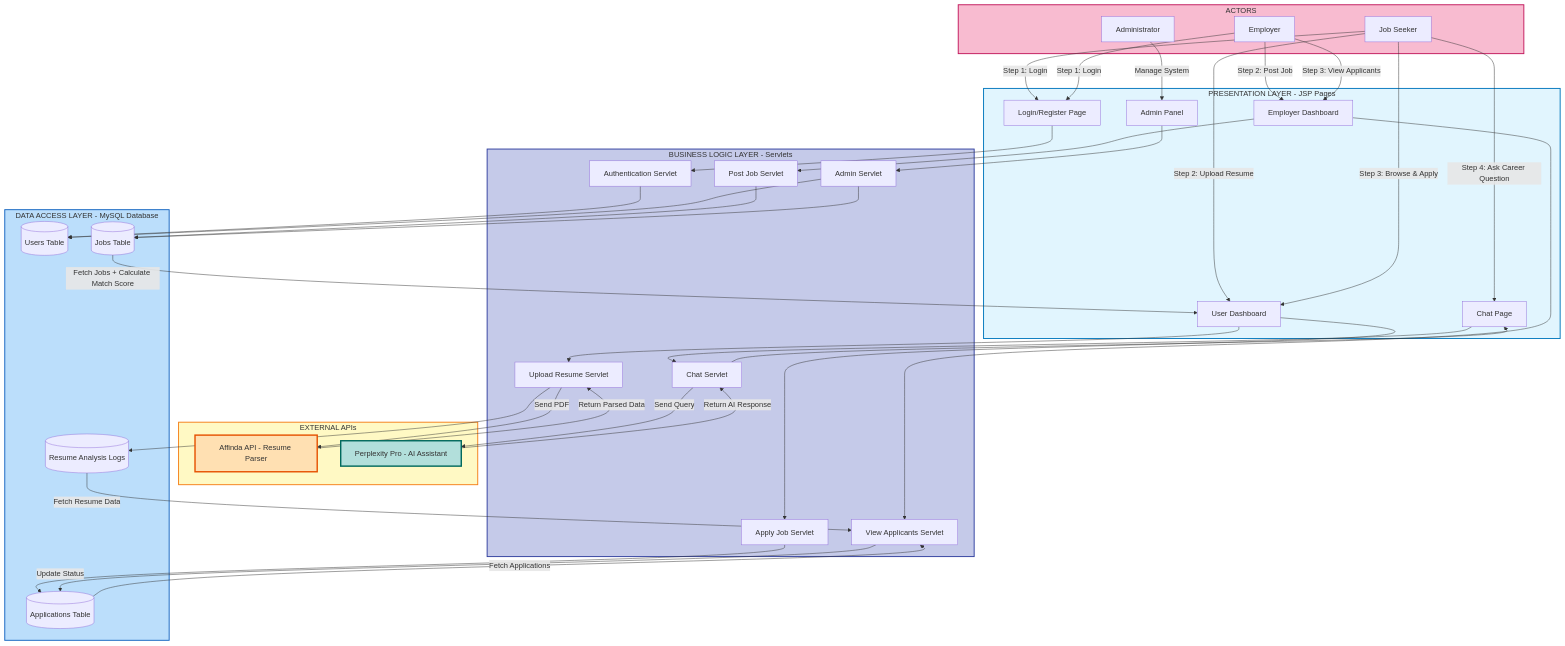
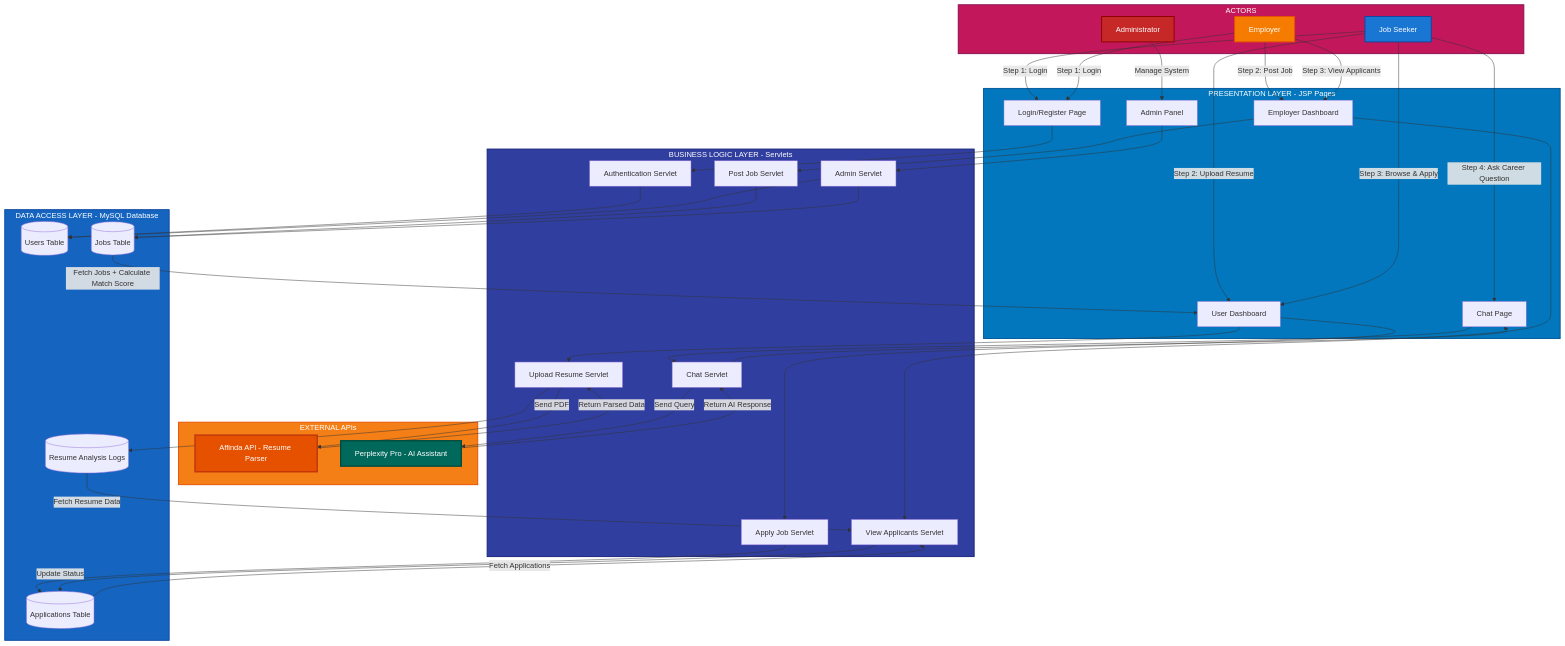
Before and after one commit to neeraj2710/Elevare_Hibernate: the third of 4 diagrams in readme.md, drawn with Mermaid. The commit also changed other lines of this file, not shown here.

````diff
--- a/readme.md
+++ b/readme.md
@@ -355,12 +355,16 @@
     AdminServlet --> UsersTable
     AdminServlet --> JobsTable
 
-    %% Styling
-    style AffindaAPI fill:#FFE0B2,stroke:#E65100,stroke-width:3px
-    style PerplexityAPI fill:#B2DFDB,stroke:#00695C,stroke-width:3px
-    style DataLayer fill:#BBDEFB,stroke:#1565C0,stroke-width:2px
-    style ExternalAPIs fill:#FFF9C4,stroke:#F57F17,stroke-width:2px
-    style BusinessLayer fill:#C5CAE9,stroke:#303F9F,stroke-width:2px
-    style PresentationLayer fill:#E1F5FE,stroke:#0277BD,stroke-width:2px
-    style Actors fill:#F8BBD0,stroke:#C2185B,stroke-width:2px
+    %% Styling with better contrast
+    style AffindaAPI fill:#E65100,stroke:#BF360C,stroke-width:3px,color:#fff
+    style PerplexityAPI fill:#00695C,stroke:#004D40,stroke-width:3px,color:#fff
+    style DataLayer fill:#1565C0,stroke:#0D47A1,stroke-width:2px,color:#fff
+    style ExternalAPIs fill:#F57F17,stroke:#E65100,stroke-width:2px,color:#fff
+    style BusinessLayer fill:#303F9F,stroke:#1A237E,stroke-width:2px,color:#fff
+    style PresentationLayer fill:#0277BD,stroke:#01579B,stroke-width:2px,color:#fff
+    style Actors fill:#C2185B,stroke:#880E4F,stroke-width:2px,color:#fff
+
+    style JobSeeker fill:#1976D2,stroke:#0D47A1,stroke-width:2px,color:#fff
+    style Employer fill:#F57C00,stroke:#E65100,stroke-width:2px,color:#fff
+    style Admin fill:#C62828,stroke:#8E0000,stroke-width:2px,color:#fff
 ```
````
